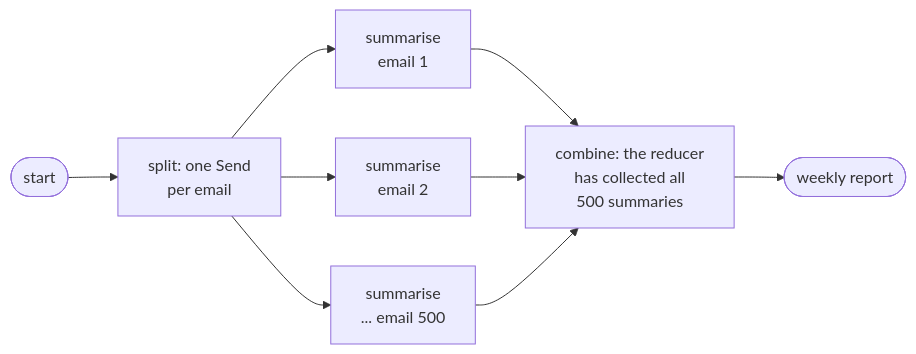
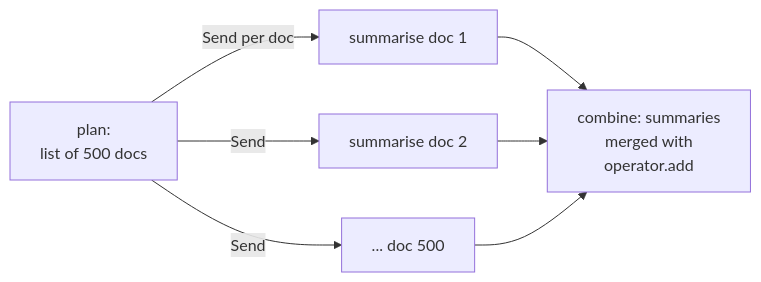
One commit to shubamchaudhary/CodeNITW changed the fourth of 8 diagrams in src/Data/aiStackDocs/CH-06.md. Above: the diagram before and after it, drawn with Mermaid. The commit also changed other lines of this file and 52 other files, not shown here.

````diff
--- a/src/Data/aiStackDocs/CH-06.md
+++ b/src/Data/aiStackDocs/CH-06.md
@@ -172,11 +97,9 @@
 ```mermaid
 flowchart LR
-    ST(["start"]) --> SP["split: one Send<br/>per email"]
-    SP --> S1["summarise<br/>email 1"]
-    SP --> S2["summarise<br/>email 2"]
-    SP --> S3["summarise<br/>... email 500"]
-    S1 --> CO["combine: the reducer<br/>has collected all<br/>500 summaries"]
-    S2 --> CO
-    S3 --> CO
-    CO --> DN(["weekly report"])
+    PL["plan:<br/>list of 500 docs"] -->|"Send per doc"| W1["summarise doc 1"]
+    PL -->|"Send"| W2["summarise doc 2"]
+    PL -->|"Send"| WN["... doc 500"]
+    W1 --> RD["combine: summaries<br/>merged with<br/>operator.add"]
+    W2 --> RD
+    WN --> RD
 ```
````
